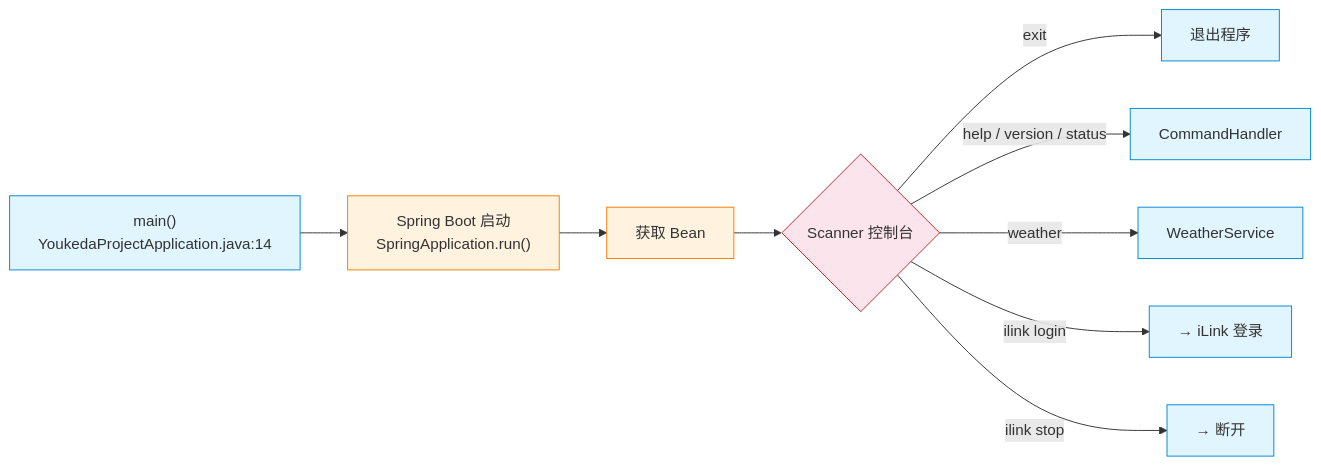
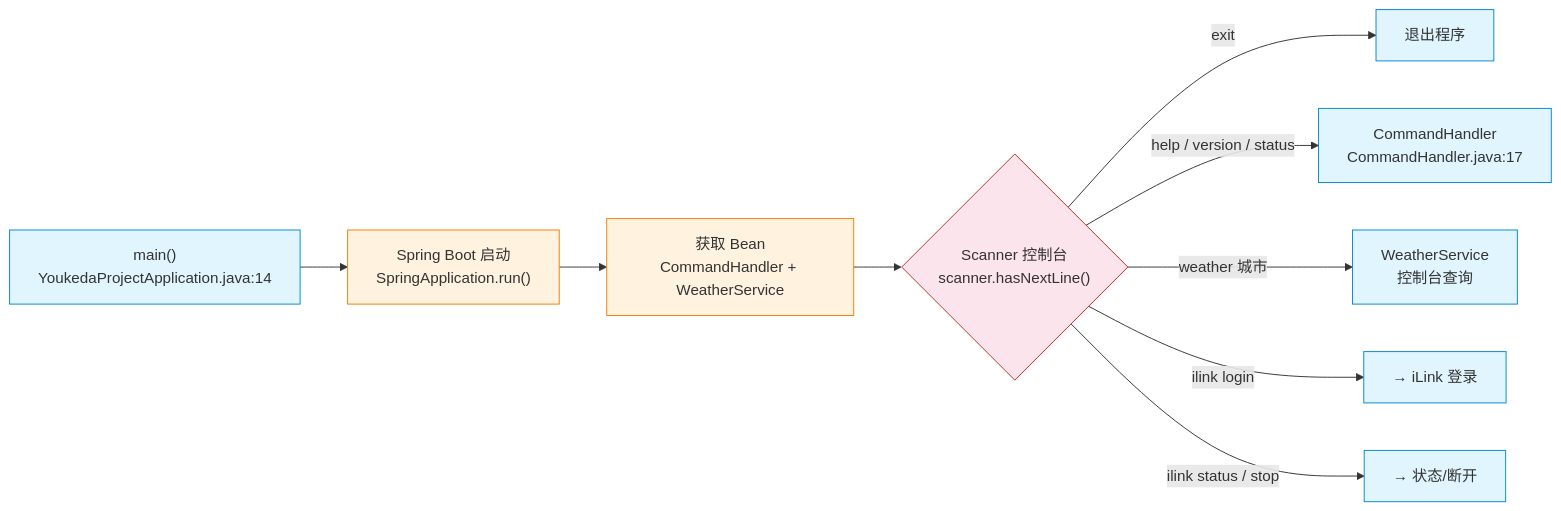
Before and after one commit to lys-123-qwe/Agent: the first of 11 diagrams in ilink-flowchart.md, drawn with Mermaid. The commit also changed other lines of this file and 3 other files, not shown here.

Commit message:
欢迎信息及流程图完善

````diff
--- a/ilink-flowchart.md
+++ b/ilink-flowchart.md
@@ -9,16 +9,16 @@
 ```mermaid
 flowchart LR
     MAIN["main()<br>YoukedaProjectApplication.java:14"]:::entry
     MAIN --> INIT["Spring Boot 启动<br>SpringApplication.run()"]:::process
-    INIT --> CTX["获取 Bean"]:::process
-    CTX --> CONSOLE{"Scanner 控制台"}:::decision
+    INIT --> CTX["获取 Bean<br>CommandHandler + WeatherService"]:::process
+    CTX --> CONSOLE{"Scanner 控制台<br>scanner.hasNextLine()"}:::decision
     CONSOLE --> |"exit"| EXIT["退出程序"]:::entry
-    CONSOLE --> |"help / version / status"| CMD["CommandHandler"]:::entry
-    CONSOLE --> |"weather"| W0["WeatherService"]:::entry
+    CONSOLE --> |"help / version / status"| CMD["CommandHandler<br>CommandHandler.java:17"]:::entry
+    CONSOLE --> |"weather 城市"| W0["WeatherService<br>控制台查询"]:::entry
     CONSOLE --> |"ilink login"| L0["→ iLink 登录"]:::entry
-    CONSOLE --> |"ilink stop"| S0["→ 断开"]:::entry
+    CONSOLE --> |"ilink status / stop"| S0["→ 状态/断开"]:::entry
 
     classDef entry fill:#e1f5fe,stroke:#0288d1;
     classDef process fill:#fff3e0,stroke:#f57c00;
     classDef decision fill:#fce4ec,stroke:#c62828;
 ```
````
